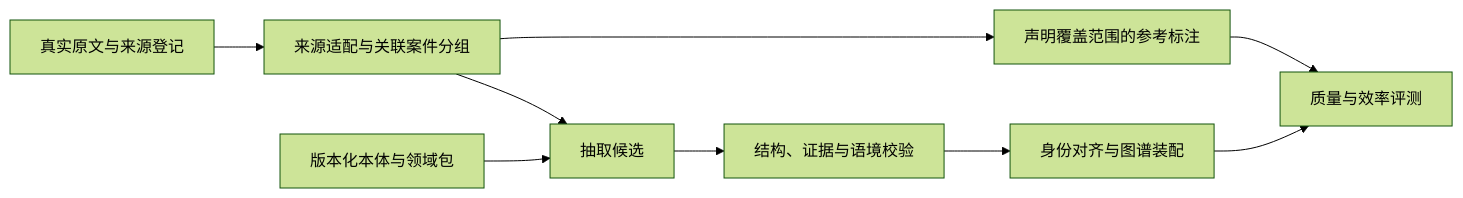
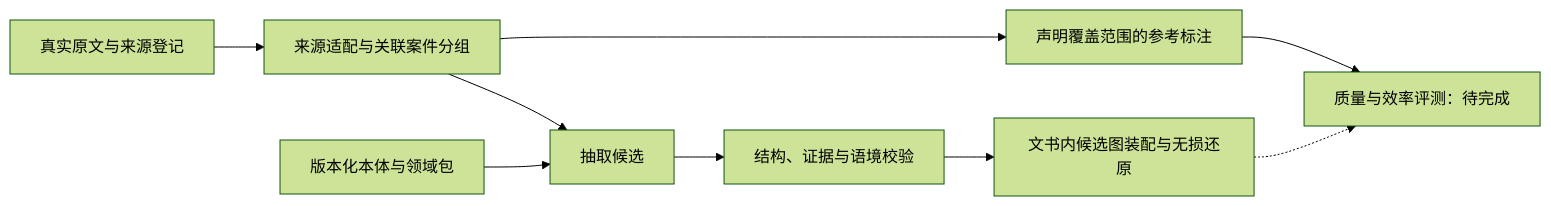
The diagram in docs/architecture.md (no15438/judicial-ontology-kg), drawn with Mermaid (forest theme) before and after one commit. The commit also changed other lines of this file and 10 other files, not shown here.

Commit message:
Assemble lossless context-preserving candidate graphs with diagnostics

````diff
--- a/docs/architecture.md
+++ b/docs/architecture.md
@@ -5,11 +5,11 @@
 ```mermaid
 flowchart LR
     A[真实原文与来源登记] --> B[来源适配与关联案件分组]
     B --> C[抽取候选]
     O[版本化本体与领域包] --> C
     C --> D[结构、证据与语境校验]
-    D --> E[身份对齐与图谱装配]
+    D --> E[文书内候选图装配与无损还原]
     B --> G[声明覆盖范围的参考标注]
-    E --> F[质量与效率评测]
+    E -.-> F[质量与效率评测：待完成]
     G --> F
 ```
````
